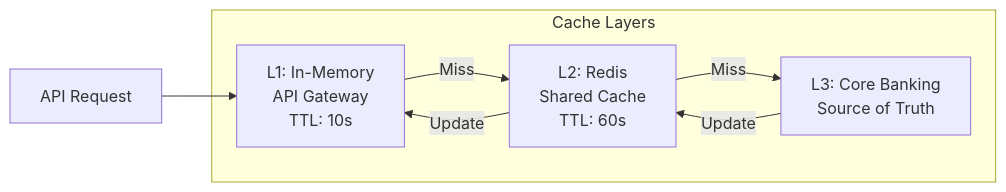
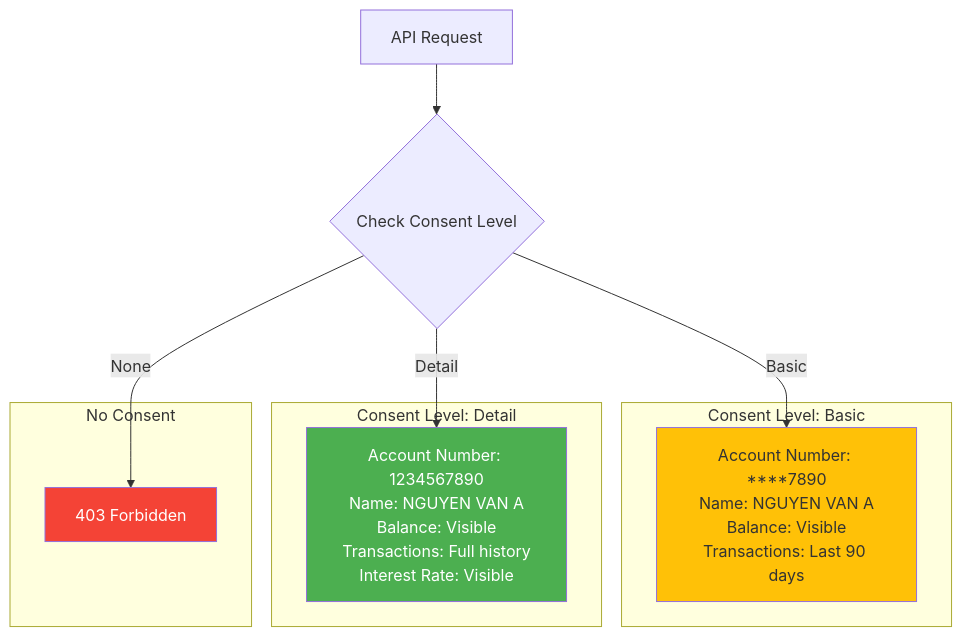
One commit to huuhoait/openbanking-vn-specs changed the ninth of 11 diagrams in 04-Dich-vu-Tai-khoan-AIS.md. Above: the diagram before and after it, drawn with Mermaid. The commit also changed other lines of this file and 14 other files, not shown here.

````diff
--- a/04-Dich-vu-Tai-khoan-AIS.md
+++ b/04-Dich-vu-Tai-khoan-AIS.md
@@ -393,15 +876,23 @@
 ```mermaid
-graph LR
-    subgraph "Cache Layers"
-        L1[L1: In-Memory<br/>API Gateway<br/>TTL: 10s]
-        L2[L2: Redis<br/>Shared Cache<br/>TTL: 60s]
-        L3[L3: Core Banking<br/>Source of Truth]
+graph TB
+    subgraph "Consent Level: Basic"
+        Basic["Account Number: ****7890<br/>Name: NGUYEN VAN A<br/>Balance: Visible<br/>Transactions: Last 90 days"]
     end
     
-    Request[API Request] --> L1
-    L1 -->|Miss| L2
-    L2 -->|Miss| L3
+    subgraph "Consent Level: Detail"
+        Detail["Account Number: 1234567890<br/>Name: NGUYEN VAN A<br/>Balance: Visible<br/>Transactions: Full history<br/>Interest Rate: Visible"]
+    end
     
-    L3 -->|Update| L2
-    L2 -->|Update| L1
+    subgraph "No Consent"
+        NoConsent["403 Forbidden"]
+    end
+    
+    Request[API Request] --> CheckConsent{Check Consent Level}
+    CheckConsent -->|Basic| Basic
+    CheckConsent -->|Detail| Detail
+    CheckConsent -->|None| NoConsent
+    
+    style NoConsent fill:#f44336,color:#fff
+    style Basic fill:#FFC107
+    style Detail fill:#4CAF50,color:#fff
 ```
````
